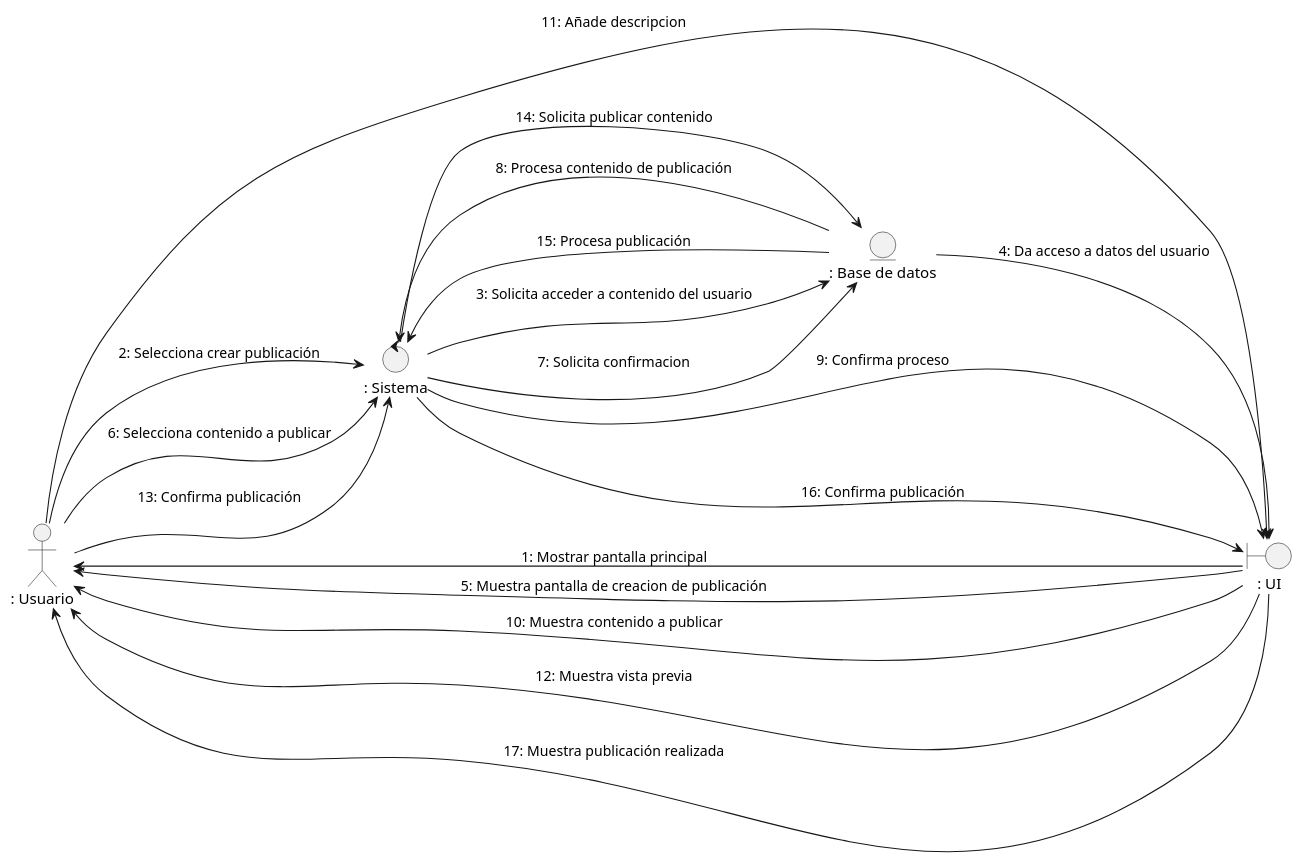
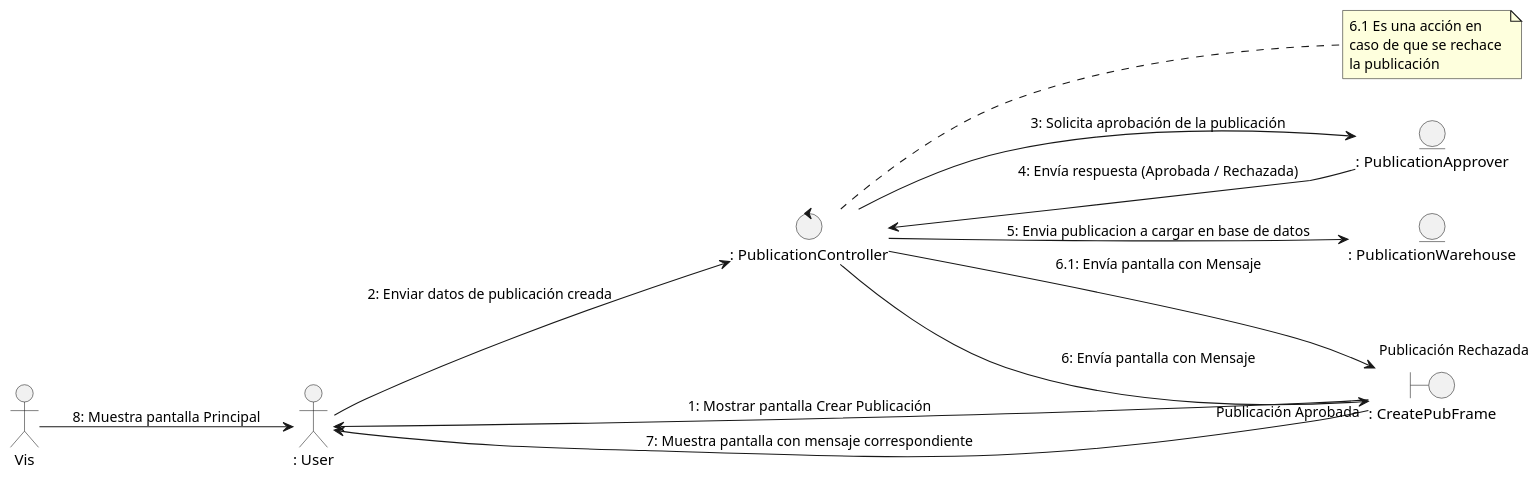
Before and after one commit to Danfloca02/ProyectoFacUpdate: the diagram in docs/logicalView/analysisView/usecaseAnalysis/collaborationDiagram/PlantUML/uc3_createPublication.plantuml, drawn with PlantUML. The commit also changed 7 other files, not shown here.

Commit message:
Collaboration diagrams update

```diff
--- a/docs/logicalView/analysisView/usecaseAnalysis/collaborationDiagram/PlantUML/uc3_createPublication.plantuml
+++ b/docs/logicalView/analysisView/usecaseAnalysis/collaborationDiagram/PlantUML/uc3_createPublication.plantuml
@@ -1,29 +1,28 @@
 @startuml uc3_createPublication
 
 left to right direction
 
-actor ": Usuario" as user
+actor ": User" as user
 
-entity ": Base de datos" as mod
-boundary ": UI" as vis
-control ": Sistema" as con
+entity ": PublicationApprover" as mod
+entity ": PublicationWarehouse" as pw
+boundary ": CreatePubFrame" as vis
+control ": PublicationController" as con
 
-vis --> user : 1: Mostrar pantalla principal
-user --> con : 2: Selecciona crear publicación
-con --> mod : 3: Solicita acceder a contenido del usuario
-mod --> vis : 4: Da acceso a datos del usuario
-vis --> user : 5: Muestra pantalla de creacion de publicación
-user --> con : 6: Selecciona contenido a publicar
-con --> mod : 7: Solicita confirmacion
-mod --> con : 8: Procesa contenido de publicación
-con --> vis : 9: Confirma proceso
-vis --> user : 10: Muestra contenido a publicar
-user --> vis : 11: Añade descripcion
-vis --> user : 12: Muestra vista previa
-user --> con : 13: Confirma publicación
-con --> mod : 14: Solicita publicar contenido
-mod --> con : 15: Procesa publicación
-con --> vis : 16: Confirma publicación
-vis --> user : 17: Muestra publicación realizada
+note right of con
+    6.1 Es una acción en 
+    caso de que se rechace 
+    la publicación 
+end note
+
+vis --> user : 1: Mostrar pantalla Crear Publicación
+user --> con : 2: Enviar datos de publicación creada
+con --> mod : 3: Solicita aprobación de la publicación
+mod --> con : 4: Envía respuesta (Aprobada / Rechazada)
+con --> pw : 5: Envia publicacion a cargar en base de datos
+con --> vis : 6: Envía pantalla con Mensaje "Publicación Aprobada"
+con --> vis : 6.1: Envía pantalla con Mensaje "Publicación Rechazada"
+vis --> user : 7: Muestra pantalla con mensaje correspondiente
+Vis --> user : 8: Muestra pantalla Principal
 
 @enduml
```
